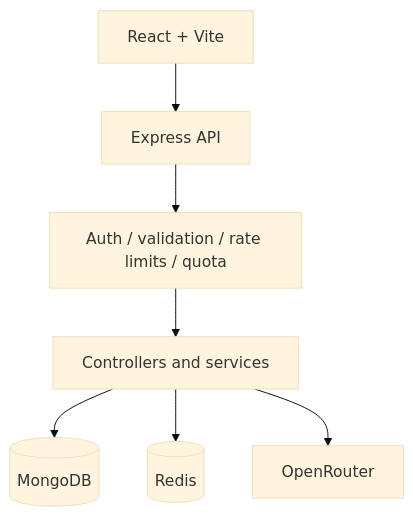
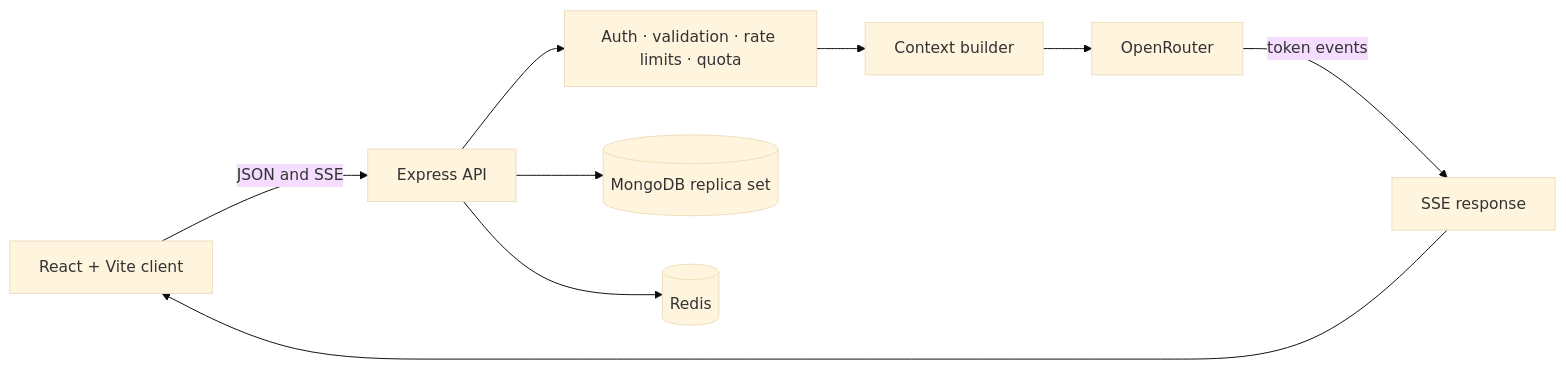
Before and after one commit to kaurmoni0013/Orbit-AI: the first of 2 diagrams in README.md, drawn with Mermaid (base theme). The commit also changed other lines of this file and 54 other files, not shown here.

````diff
--- a/README.md
+++ b/README.md
@@ -46,9 +65,11 @@
 ```mermaid
-flowchart TD
-  Browser[React + Vite] --> API[Express API]
-  API --> Middleware[Auth / validation / rate limits / quota]
-  Middleware --> Controllers[Controllers and services]
-  Controllers --> Mongo[(MongoDB)]
-  Controllers --> Redis[(Redis)]
-  Controllers --> OpenRouter[OpenRouter]
+flowchart LR
+  Browser[React + Vite client] -->|JSON and SSE| API[Express API]
+  API --> Middleware[Auth · validation · rate limits · quota]
+  Middleware --> Context[Context builder]
+  Context --> Provider[OpenRouter]
+  Provider -->|token events| Stream[SSE response]
+  Stream --> Browser
+  API --> Mongo[(MongoDB replica set)]
+  API --> Redis[(Redis)]
 ```
````
